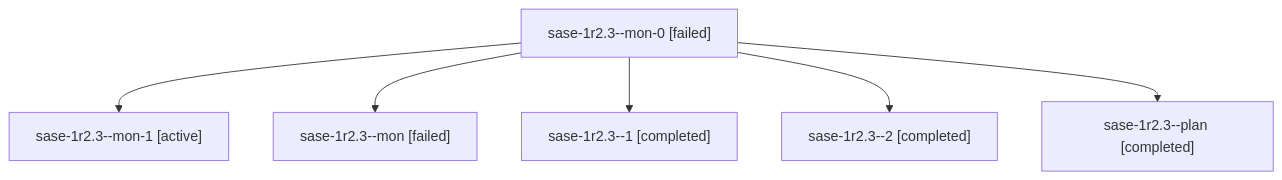
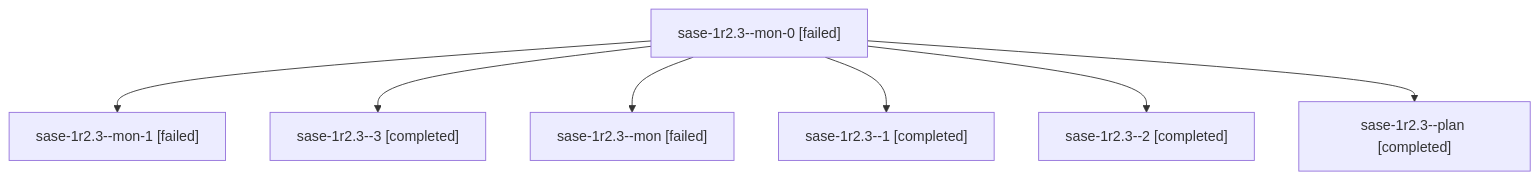
Before and after one commit to sase-org/sase--agents: the diagram in sessions/bbugyi200.athena.sase-1r2.3.md, drawn with Mermaid. The commit also changed other lines of this file and 30 other files, not shown here.

````diff
--- a/sessions/bbugyi200.athena.sase-1r2.3.md
+++ b/sessions/bbugyi200.athena.sase-1r2.3.md
@@ -9,14 +9,16 @@
 ```mermaid
 flowchart TD
   n0["sase-1r2.3--mon-0 [failed]"]
-  n1["sase-1r2.3--mon-1 [active]"]
+  n1["sase-1r2.3--mon-1 [failed]"]
   n0 --> n1
-  n2["sase-1r2.3--mon [failed]"]
+  n2["sase-1r2.3--3 [completed]"]
   n0 --> n2
-  n3["sase-1r2.3--1 [completed]"]
+  n3["sase-1r2.3--mon [failed]"]
   n0 --> n3
-  n4["sase-1r2.3--2 [completed]"]
+  n4["sase-1r2.3--1 [completed]"]
   n0 --> n4
-  n5["sase-1r2.3--plan [completed]"]
+  n5["sase-1r2.3--2 [completed]"]
   n0 --> n5
+  n6["sase-1r2.3--plan [completed]"]
+  n0 --> n6
 ```
````
